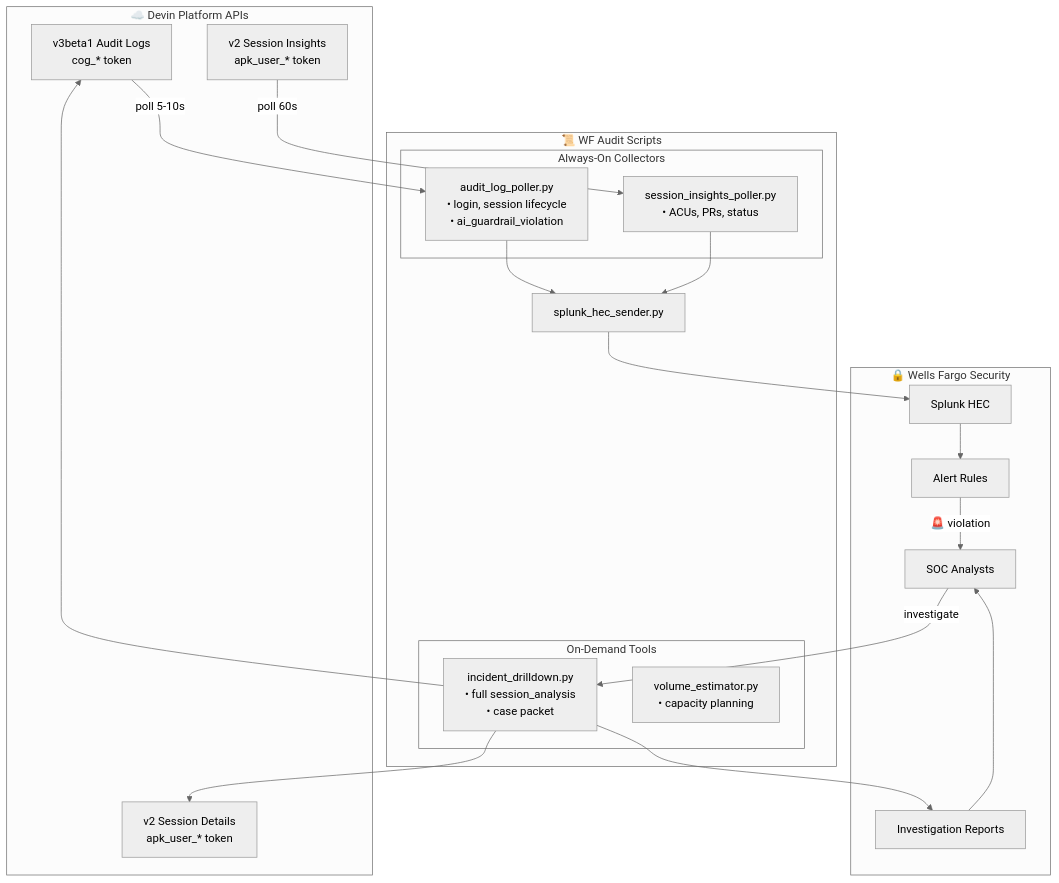
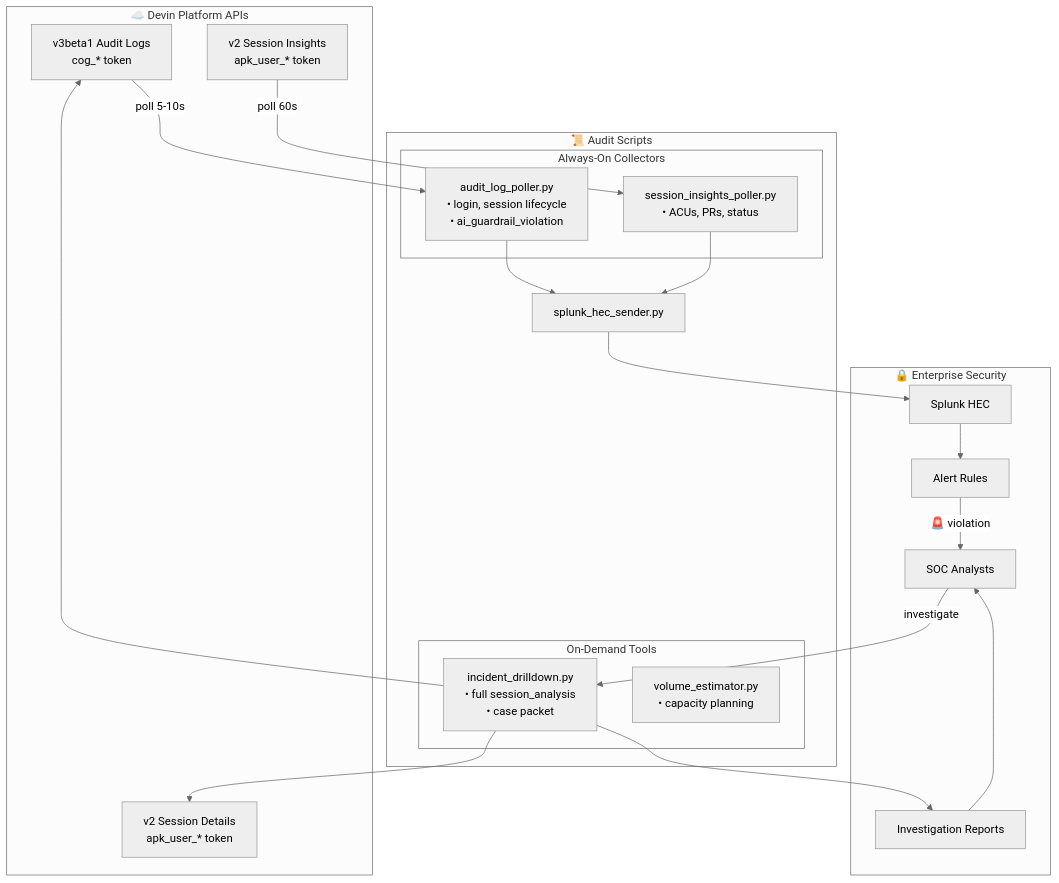
One commit to taylor-curran/devin-repo-rbac-at-scale changed the diagram in audit_log_api/README.md. Above: the diagram before and after it, drawn with Mermaid (neutral theme). The commit also changed 1 other file, not shown here.

Commit message:
adding audit logs

````diff
--- a/audit_log_api/README.md
+++ b/audit_log_api/README.md
@@ -63,36 +63,36 @@
 ```mermaid
 flowchart TB
     subgraph Devin["☁️ Devin Platform APIs"]
         V3["v3beta1 Audit Logs<br/>cog_* token"]
         V2_Insights["v2 Session Insights<br/>apk_user_* token"]
         V2_Details["v2 Session Details<br/>apk_user_* token"]
     end
 
-    subgraph Scripts["📜 WF Audit Scripts"]
+    subgraph Scripts["📜 Audit Scripts"]
         subgraph AlwaysOn["Always-On Collectors"]
             ALP["audit_log_poller.py<br/>• login, session lifecycle<br/>• ai_guardrail_violation"]
             SIP["session_insights_poller.py<br/>• ACUs, PRs, status"]
         end
         
         subgraph OnDemand["On-Demand Tools"]
             IDD["incident_drilldown.py<br/>• full session_analysis<br/>• case packet"]
             VOL["volume_estimator.py<br/>• capacity planning"]
         end
         
         HEC["splunk_hec_sender.py"]
     end
 
-    subgraph SIEM["🔒 Wells Fargo Security"]
+    subgraph SIEM["🔒 Enterprise Security"]
         Splunk["Splunk HEC"]
         Alerts["Alert Rules"]
         SOC["SOC Analysts"]
         Reports["Investigation Reports"]
     end
 
     V3 -->|"poll 5-10s"| ALP
     V2_Insights -->|"poll 60s"| SIP
     ALP & SIP --> HEC --> Splunk --> Alerts -->|"🚨 violation"| SOC
     SOC -->|"investigate"| IDD
     IDD --> V2_Details & V3
     IDD --> Reports --> SOC
 ```
````
